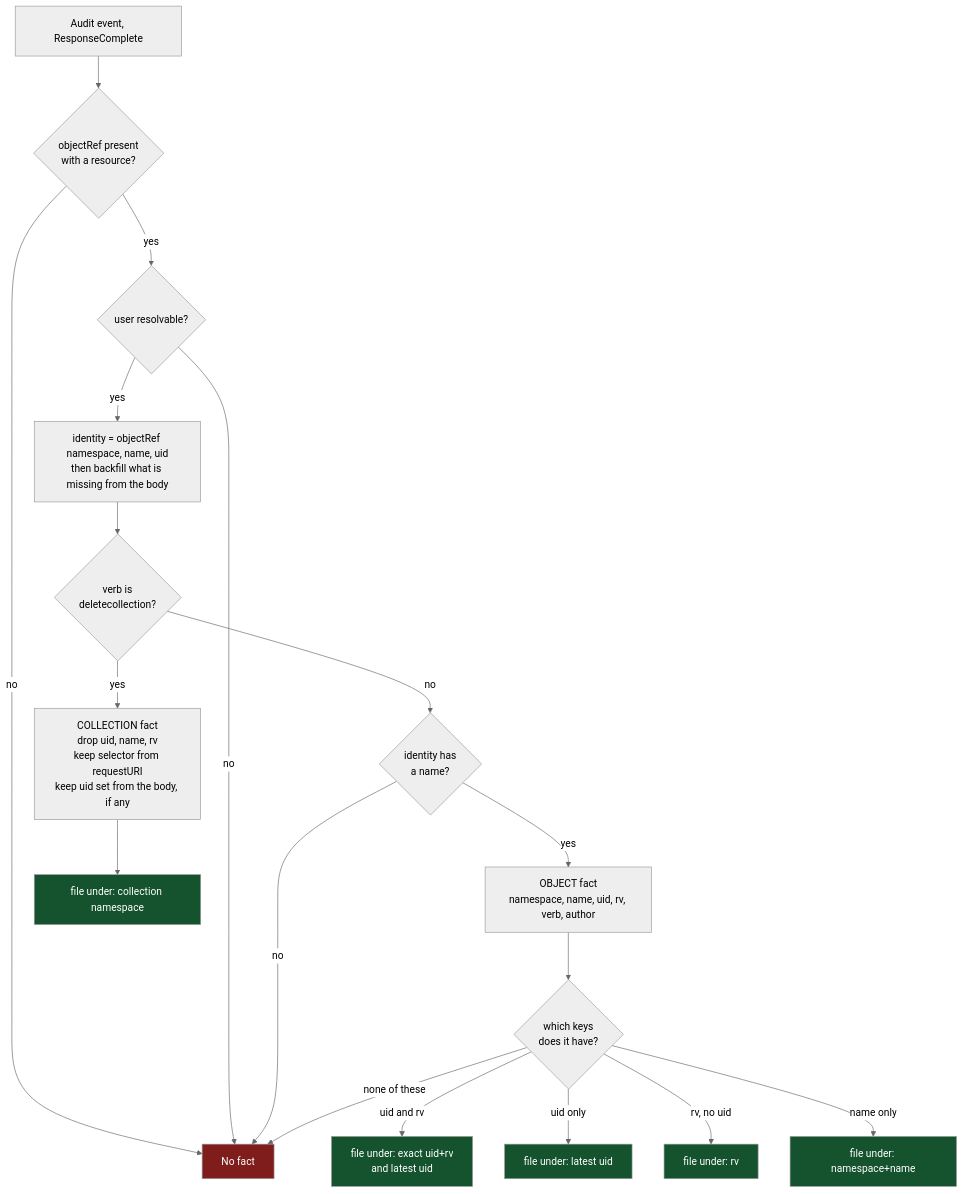
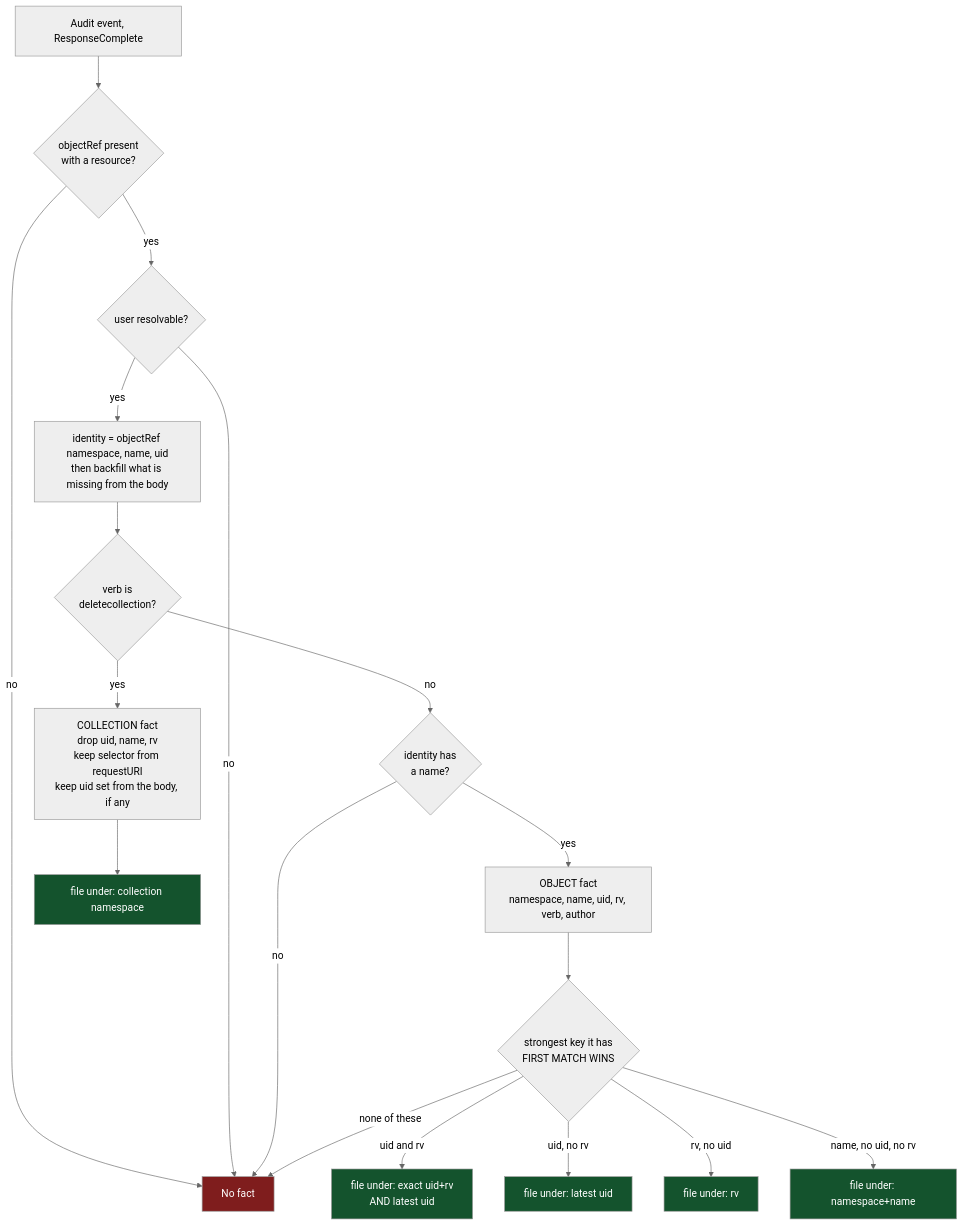
Before and after one commit to ConfigButler/gitops-reverser: the first of 2 diagrams in docs/design/attribution-publish-and-join.md, drawn with Mermaid (neutral theme). The commit also changed other lines of this file, not shown here.

````diff
--- a/docs/design/attribution-publish-and-join.md
+++ b/docs/design/attribution-publish-and-join.md
@@ -18,29 +18,29 @@
 ```mermaid
 flowchart TD
     A[Audit event, ResponseComplete] --> B{objectRef present<br/>with a resource?}
     B -->|no| X[No fact]
     B -->|yes| C{user resolvable?}
     C -->|no| X
     C -->|yes| D[identity = objectRef namespace, name, uid<br/>then backfill what is missing from the body]
     D --> E{verb is<br/>deletecollection?}
 
     E -->|yes| F[COLLECTION fact<br/>drop uid, name, rv<br/>keep selector from requestURI<br/>keep uid set from the body, if any]
     E -->|no| G{identity has<br/>a name?}
     G -->|no| X
     G -->|yes| H[OBJECT fact<br/>namespace, name, uid, rv, verb, author]
 
     F --> K[file under: collection namespace]
-    H --> L{which keys<br/>does it have?}
-    L -->|uid and rv| M[file under: exact uid+rv<br/>and latest uid]
-    L -->|uid only| N[file under: latest uid]
+    H --> L{strongest key it has<br/>FIRST MATCH WINS}
+    L -->|uid and rv| M[file under: exact uid+rv<br/>AND latest uid]
+    L -->|uid, no rv| N[file under: latest uid]
     L -->|rv, no uid| O[file under: rv]
-    L -->|name only| P[file under: namespace+name]
+    L -->|name, no uid, no rv| P[file under: namespace+name]
     L -->|none of these| X
 
     style X fill:#7f1d1d,color:#fff
     style K fill:#14532d,color:#fff
     style M fill:#14532d,color:#fff
     style N fill:#14532d,color:#fff
     style O fill:#14532d,color:#fff
     style P fill:#14532d,color:#fff
 ```
````
